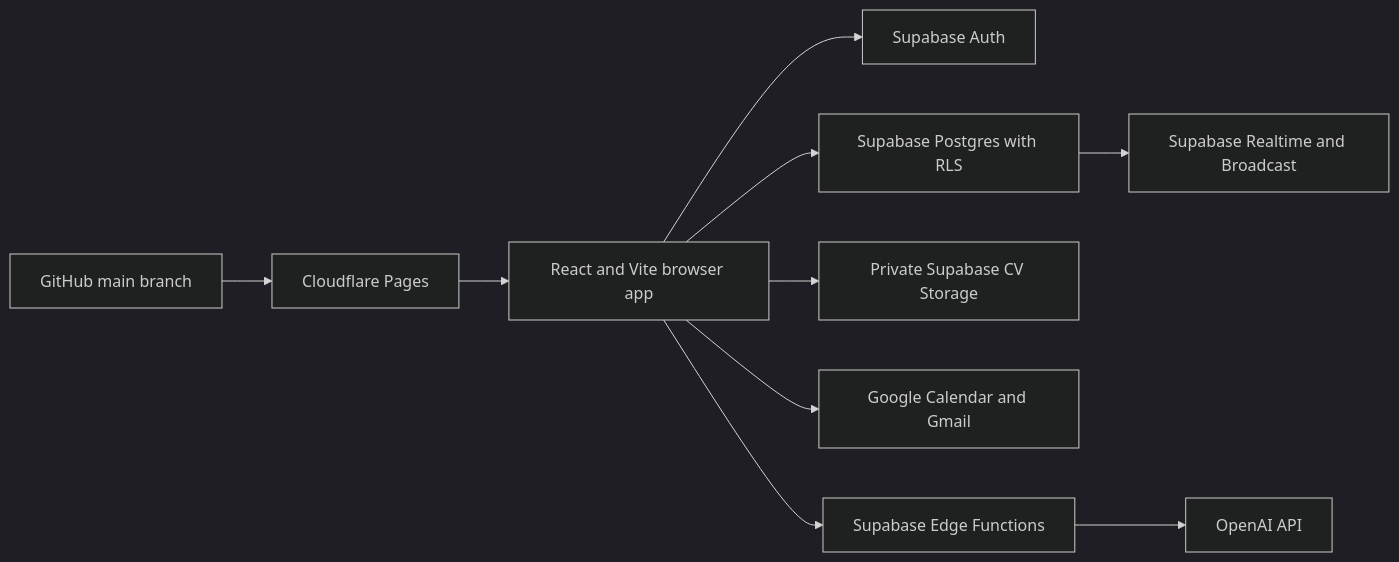
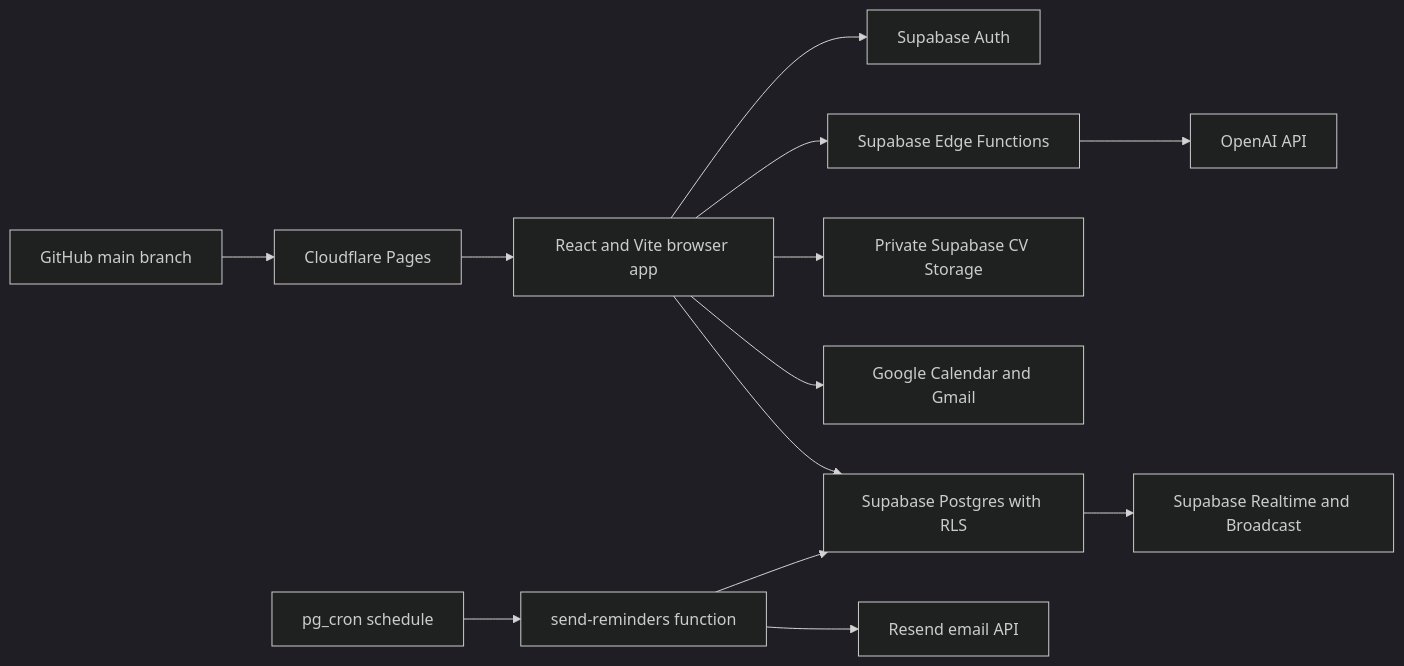
One commit to EugeneZherebetsky/ezherebetskii-site changed the diagram in jobs-app/DEVELOPER.md. Above: the diagram before and after it, drawn with Mermaid (dark theme). The commit also changed other lines of this file and 1 other file, not shown here.

````diff
--- a/jobs-app/DEVELOPER.md
+++ b/jobs-app/DEVELOPER.md
@@ -34,12 +36,15 @@
 ```mermaid
 flowchart LR
     Browser["React and Vite browser app"] --> Auth["Supabase Auth"]
     Browser --> Database["Supabase Postgres with RLS"]
     Browser --> Storage["Private Supabase CV Storage"]
     Database --> Realtime["Supabase Realtime and Broadcast"]
     Browser --> Google["Google Calendar and Gmail"]
     Browser --> Functions["Supabase Edge Functions"]
     Functions --> OpenAI["OpenAI API"]
+    Cron["pg_cron schedule"] --> Reminders["send-reminders function"]
+    Reminders --> Resend["Resend email API"]
+    Reminders --> Database
     GitHub["GitHub main branch"] --> Cloudflare["Cloudflare Pages"]
     Cloudflare --> Browser
 ```
````
